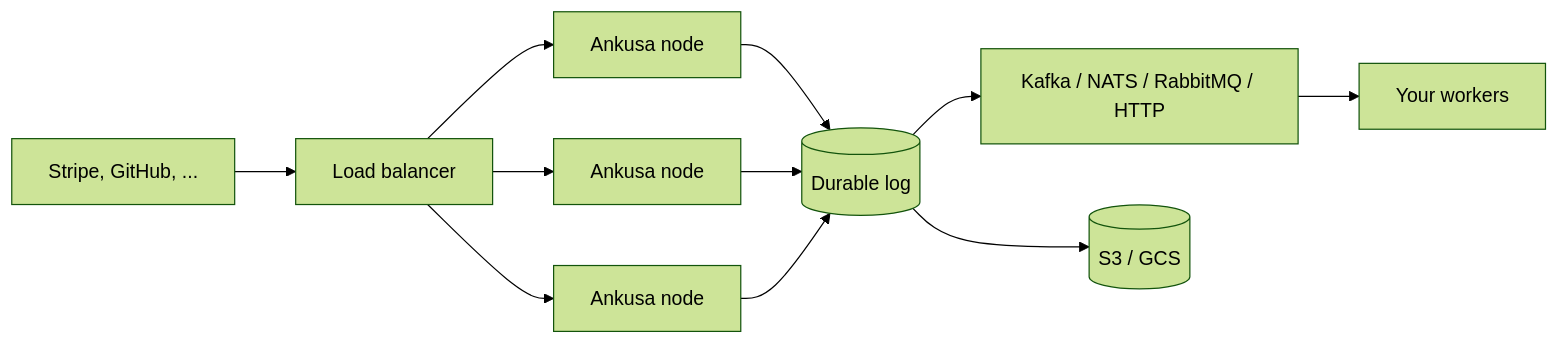
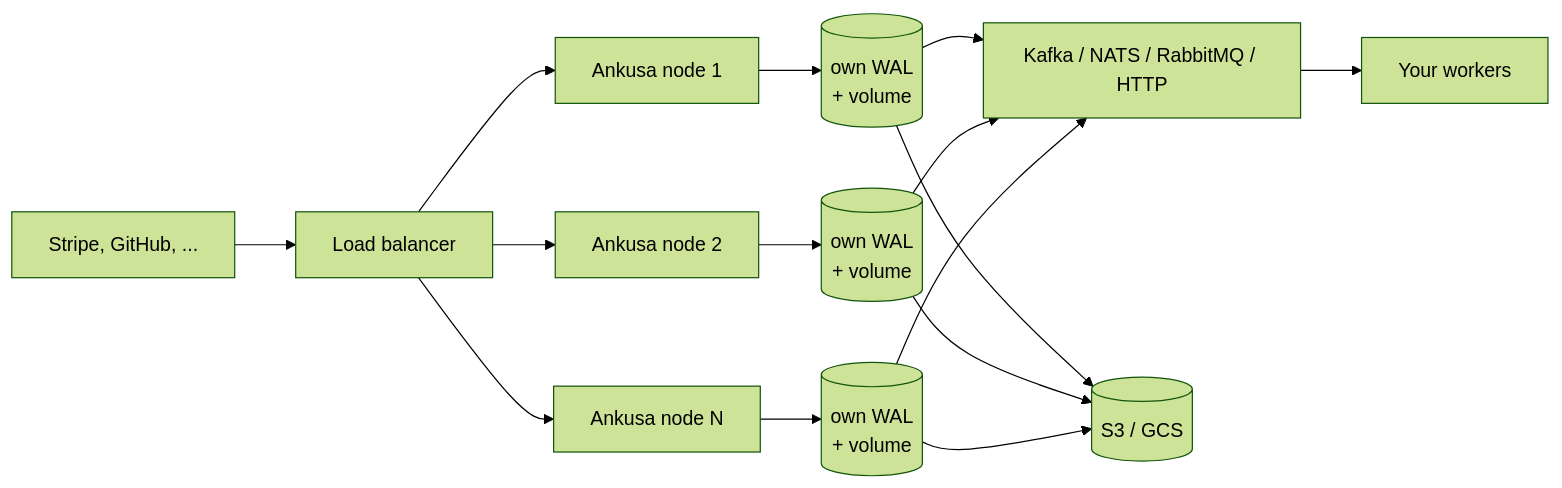
Before and after one commit to jamescarr/ankusa: the second of 2 diagrams in README.md, drawn with Mermaid (forest theme). The commit also changed other lines of this file and 98 other files, not shown here.

````diff
--- a/README.md
+++ b/README.md
@@ -126,11 +129,13 @@
 ```mermaid
 flowchart LR
     P[Stripe, GitHub, ...] --> LB[Load balancer]
-    LB --> E1[Ankusa node]
-    LB --> E2[Ankusa node]
-    LB --> E3[Ankusa node]
-    E1 & E2 & E3 --> WAL[(Durable log)]
-    WAL --> Q[Kafka / NATS / RabbitMQ / HTTP]
-    WAL --> S[(S3 / GCS)]
+    LB --> E1[Ankusa node 1]
+    LB --> E2[Ankusa node 2]
+    LB --> E3[Ankusa node N]
+    E1 --> WAL1[("own WAL\n+ volume")]
+    E2 --> WAL2[("own WAL\n+ volume")]
+    E3 --> WAL3[("own WAL\n+ volume")]
+    WAL1 & WAL2 & WAL3 --> Q[Kafka / NATS / RabbitMQ / HTTP]
+    WAL1 & WAL2 & WAL3 --> S[(S3 / GCS)]
     Q --> W[Your workers]
 ```
````
